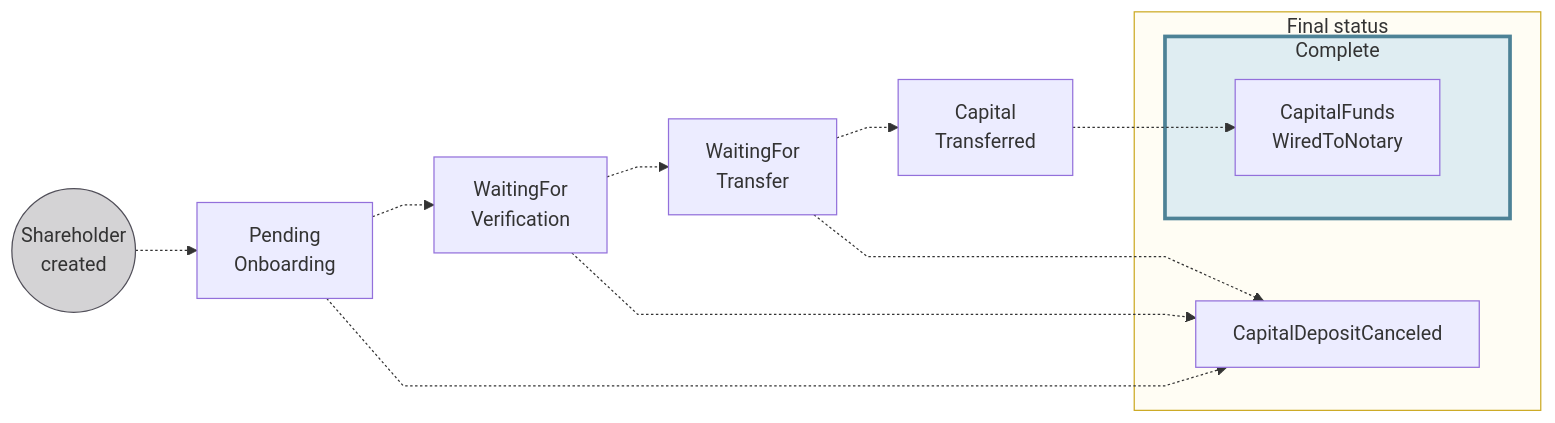
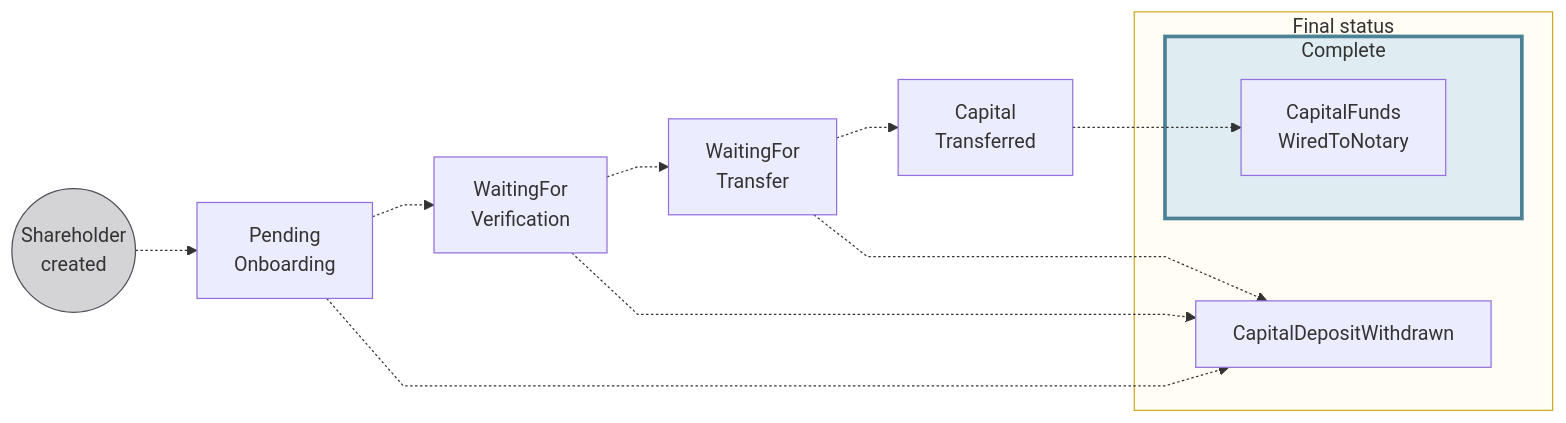
Before and after one commit to swan-io/docs: the third of 4 diagrams in docs/topics/capital-deposits/index.mdx, drawn with Mermaid. The commit also changed other lines of this file and 4 other files, not shown here.

````diff
--- a/docs/topics/capital-deposits/index.mdx
+++ b/docs/topics/capital-deposits/index.mdx
@@ -215,22 +215,22 @@
 ```mermaid
 %%{ init: { 'flowchart': { 'curve': 'linear' } } }%%
 flowchart LR
     SC((Shareholder<br/>created)) -.-> P[Pending<br/>Onboarding]
     P -.-> WV[WaitingFor<br/>Verification]
     WV -.-> WT[WaitingFor<br/>Transfer]
     WT -.-> CT[Capital<br/>Transferred]
     CT -.-> CN[CapitalFunds<br/>WiredToNotary]
-    P -.-> CDC[CapitalDepositCanceled]
+    P -.-> CDC[CapitalDepositWithdrawn]
     WV -.-> CDC
     WT -.-> CDC
     subgraph COM[Complete]
         CN
     end
     subgraph F[Final status]
         CDC
         COM
     end
     style SC fill:#D4D3D5,stroke:#514F59
     style COM fill:#dfedf2,stroke:#4d8296,stroke-width:3px
     style F fill:#fffdf4,stroke:#cca922
 ```
````
